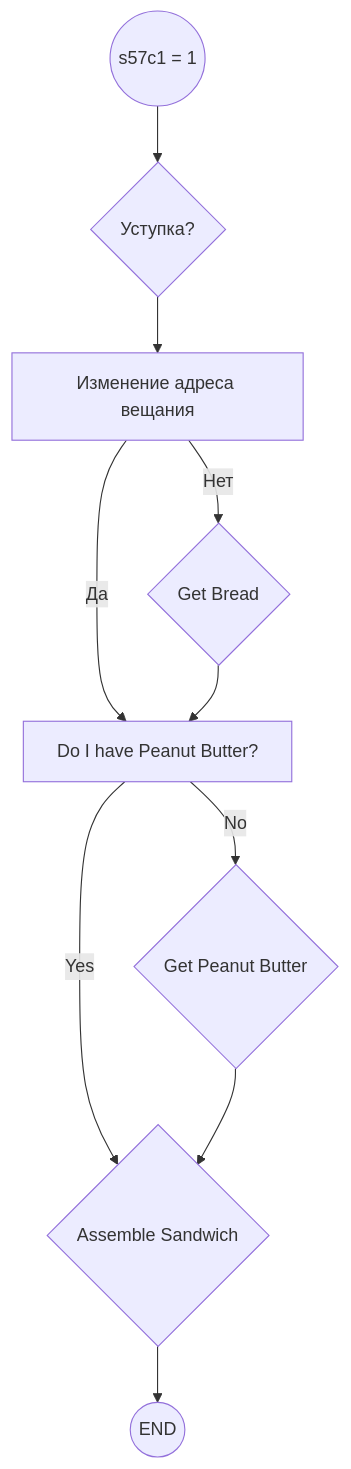
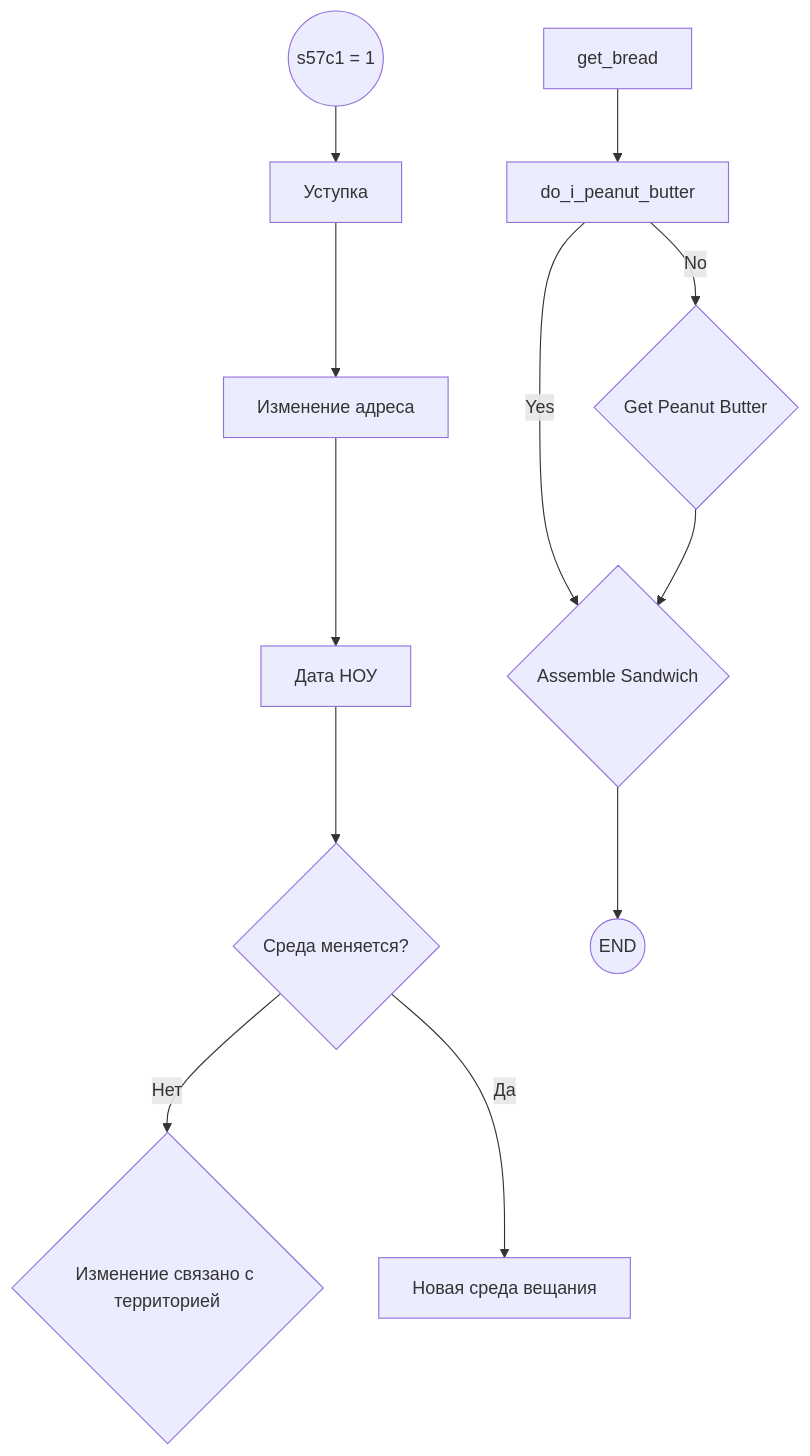
One commit to wolkoduff/myObsidianSync changed the diagram in README.md. Above: the diagram before and after it, drawn with Mermaid.

Commit message:
vault backup: 11.10.2024 12:53

````diff
--- a/README.md
+++ b/README.md
@@ -7,12 +7,14 @@
 ```mermaid
 flowchart TB
-    start_sequence((s57c1 = 1)) --> gather_ingredients{Уступка?}
-    gather_ingredients --> bread[Изменение адреса вещания]
-    bread -->|Нет| get_bread{Get Bread}
-    bread -->|Да| do_i_peanut_butter[Do I have Peanut Butter?]
+    start_sequence((s57c1 = 1)) --> ustupka[Уступка]
+    ustupka --> address[Изменение адреса]
+    address --> date[Дата НОУ]
+    date --> changeArea{Среда меняется?}
+    changeArea -->|Нет| changeTerr{Изменение связано с территорией}
+    changeArea -->|Да| newArea[Новая среда вещания]
     get_bread -->   do_i_peanut_butter
     do_i_peanut_butter -->|No| get_peanut_butter{Get Peanut Butter}
     do_i_peanut_butter -->|Yes| assemble{Assemble Sandwich}
     get_peanut_butter --> assemble{Assemble Sandwich}
     assemble --> end_sequence((END))
 ```
````
